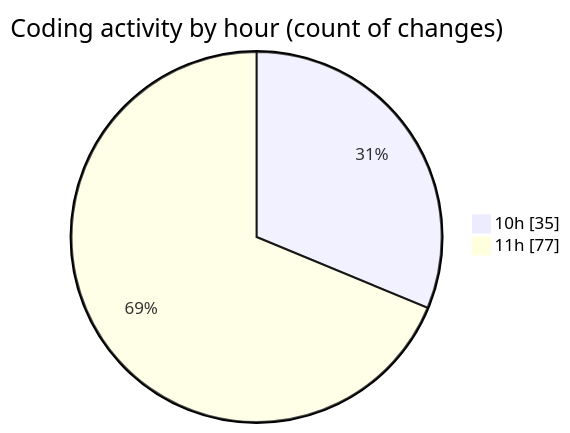
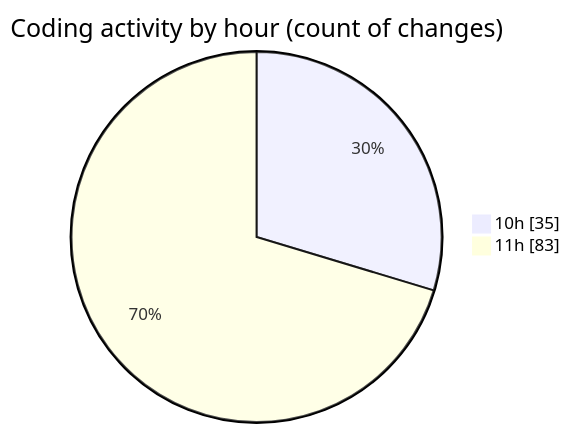
The second of 2 diagrams in 2025-03-28/cda/README.md (momahboobian/code-tracking), drawn with Mermaid before and after one commit. The commit also changed other lines of this file and 1 other file, not shown here.

````diff
--- a/2025-03-28/cda/README.md
+++ b/2025-03-28/cda/README.md
@@ -32,6 +32,6 @@
 ```mermaid
 pie showData
 title Coding activity by hour (count of changes)
 "10h" : 35
-"11h" : 77
+"11h" : 83
 ```
````
